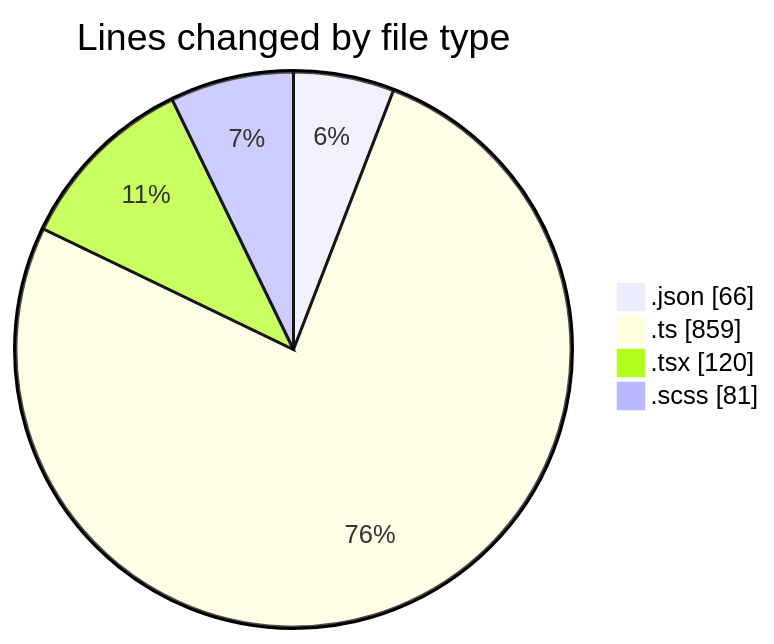
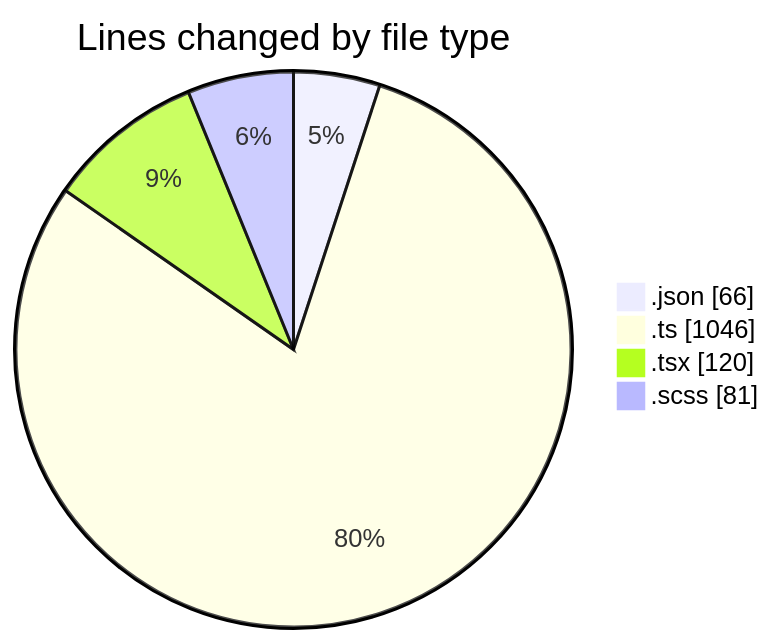
Before and after one commit to momahboobian/code-tracking: the first of 2 diagrams in 2025-05-09/cda/README.md, drawn with Mermaid. The commit also changed other lines of this file and 1 other file, not shown here.

````diff
--- a/2025-05-09/cda/README.md
+++ b/2025-05-09/cda/README.md
@@ -25,8 +25,8 @@
 ```mermaid
 pie showData
 title Lines changed by file type
 ".json" : 66
-".ts" : 859
+".ts" : 1046
 ".tsx" : 120
 ".scss" : 81
 ```
````
